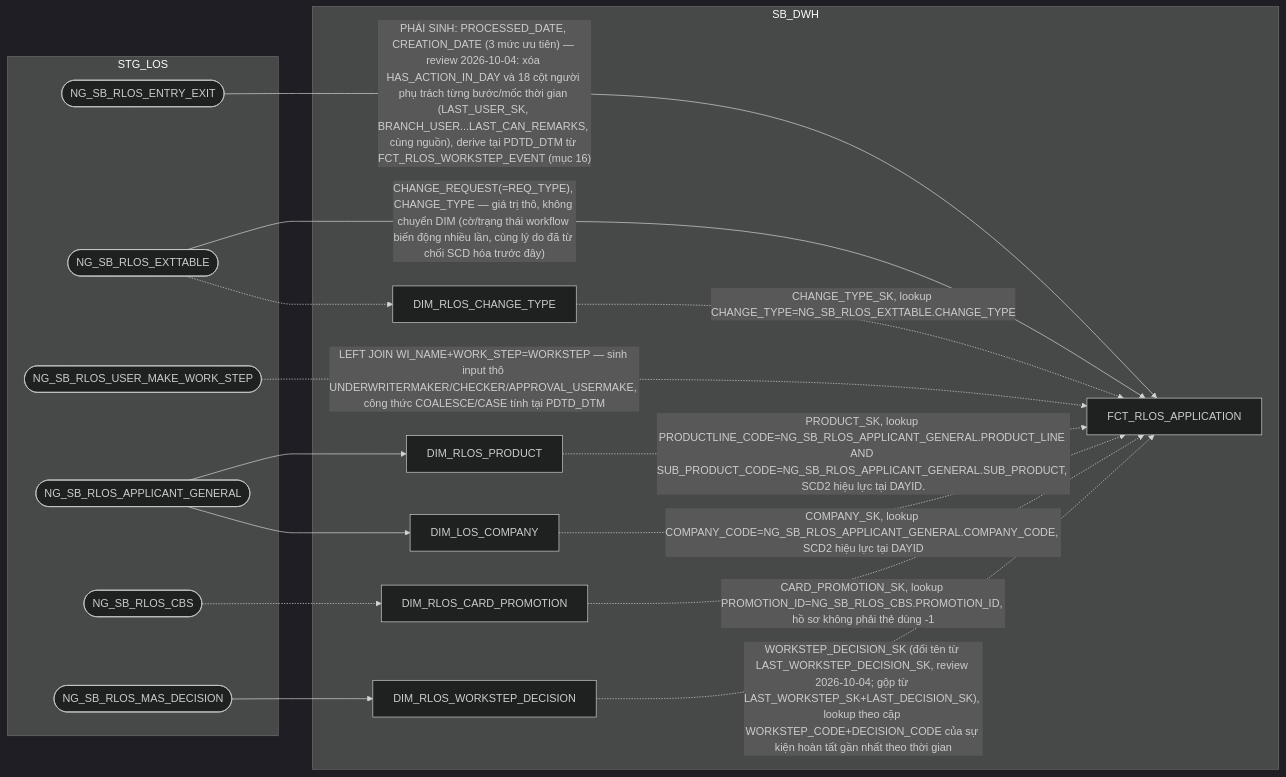
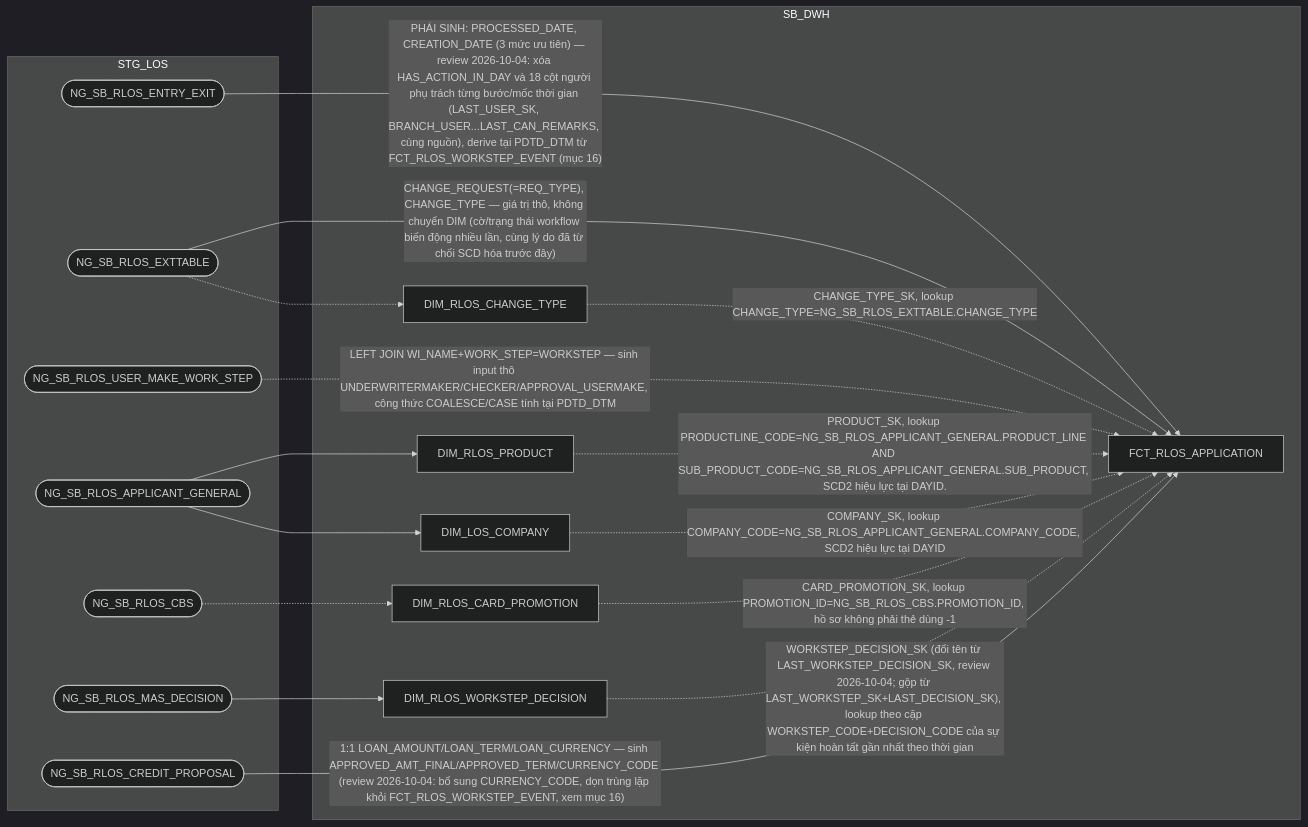
Before and after one commit to chien1198/sb-mapping-gen: the seventh of 14 diagrams in hld/hld_review/HLD_FCT_SB_DWH_review.md, drawn with Mermaid (dark theme). The commit also changed other lines of this file and 36 other files, not shown here.

````diff
--- a/hld/hld_review/HLD_FCT_SB_DWH_review.md
+++ b/hld/hld_review/HLD_FCT_SB_DWH_review.md
@@ -505,32 +509,34 @@
 ```mermaid
 flowchart LR
     subgraph STG_LOS
         A(["NG_SB_RLOS_ENTRY_EXIT"])
         I(["NG_SB_RLOS_EXTTABLE"])
         J(["NG_SB_RLOS_USER_MAKE_WORK_STEP"])
         P1(["NG_SB_RLOS_APPLICANT_GENERAL"])
         P4(["NG_SB_RLOS_CBS"])
         MW(["NG_SB_RLOS_MAS_DECISION"])
+        CR(["NG_SB_RLOS_CREDIT_PROPOSAL"])
     end
     subgraph SB_DWH
         WD["DIM_RLOS_WORKSTEP_DECISION"]
         PR["DIM_RLOS_PRODUCT"]
         OU["DIM_LOS_COMPANY"]
         CT["DIM_RLOS_CHANGE_TYPE"]
         CP["DIM_RLOS_CARD_PROMOTION"]
         E["FCT_RLOS_APPLICATION"]
     end
     A -->|"PHÁI SINH: PROCESSED_DATE, CREATION_DATE (3 mức ưu tiên) — review 2026-10-04: xóa HAS_ACTION_IN_DAY và 18 cột người phụ trách từng bước/mốc thời gian (LAST_USER_SK, BRANCH_USER...LAST_CAN_REMARKS, cùng nguồn), derive tại PDTD_DTM từ FCT_RLOS_WORKSTEP_EVENT (mục 16)"| E
     I -->|"CHANGE_REQUEST(=REQ_TYPE), CHANGE_TYPE — giá trị thô, không chuyển DIM (cờ/trạng thái workflow biến động nhiều lần, cùng lý do đã từ chối SCD hóa trước đây)"| E
     I -.-> CT
     J -.->|"LEFT JOIN WI_NAME+WORK_STEP=WORKSTEP — sinh input thô UNDERWRITERMAKER/CHECKER/APPROVAL_USERMAKE, công thức COALESCE/CASE tính tại PDTD_DTM"| E
     WD -.->|"WORKSTEP_DECISION_SK (đổi tên từ LAST_WORKSTEP_DECISION_SK, review 2026-10-04; gộp từ LAST_WORKSTEP_SK+LAST_DECISION_SK), lookup theo cặp WORKSTEP_CODE+DECISION_CODE của sự kiện hoàn tất gần nhất theo thời gian"| E
     MW --> WD
     PR -.->|"PRODUCT_SK, lookup PRODUCTLINE_CODE=NG_SB_RLOS_APPLICANT_GENERAL.PRODUCT_LINE AND SUB_PRODUCT_CODE=NG_SB_RLOS_APPLICANT_GENERAL.SUB_PRODUCT, SCD2 hiệu lực tại DAYID."| E
     OU -.->|"COMPANY_SK, lookup COMPANY_CODE=NG_SB_RLOS_APPLICANT_GENERAL.COMPANY_CODE, SCD2 hiệu lực tại DAYID"| E
     CT -.->|"CHANGE_TYPE_SK, lookup CHANGE_TYPE=NG_SB_RLOS_EXTTABLE.CHANGE_TYPE"| E
     CP -.->|"CARD_PROMOTION_SK, lookup PROMOTION_ID=NG_SB_RLOS_CBS.PROMOTION_ID, hồ sơ không phải thẻ dùng -1"| E
     P1 --> PR
     P1 --> OU
     P4 -.-> CP
+    CR -->|"1:1 LOAN_AMOUNT/LOAN_TERM/LOAN_CURRENCY — sinh APPROVED_AMT_FINAL/APPROVED_TERM/CURRENCY_CODE (review 2026-10-04: bổ sung CURRENCY_CODE, dọn trùng lặp khỏi FCT_RLOS_WORKSTEP_EVENT, xem mục 16)"| E
 ```
````
